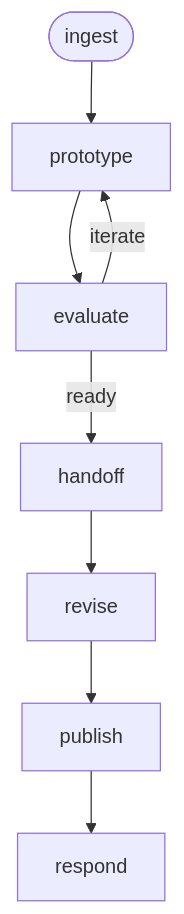
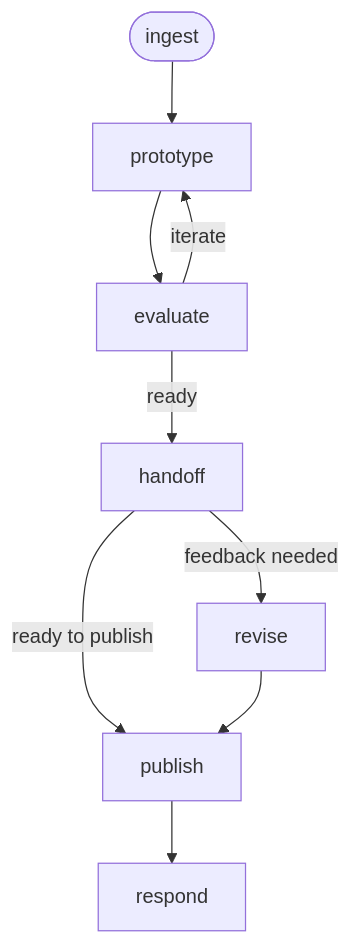
One commit to flightctl/ai-workflows changed the diagram in ux-design/README.md. Above: the diagram before and after it, drawn with Mermaid. The commit also changed 4 other files, not shown here.

First line of the commit message:
UXDOPS-2843: Address review feedback — docs parity, graph fix, entry table, clean git check

````diff
--- a/ux-design/README.md
+++ b/ux-design/README.md
@@ -7,10 +7,11 @@
 ```mermaid
 graph TD
     ingest([ingest]) --> prototype
     prototype --> evaluate
     evaluate -->|iterate| prototype
     evaluate -->|ready| handoff
-    handoff --> revise
+    handoff -->|feedback needed| revise
+    handoff -->|ready to publish| publish
     revise --> publish
     publish --> respond
 ```
````
